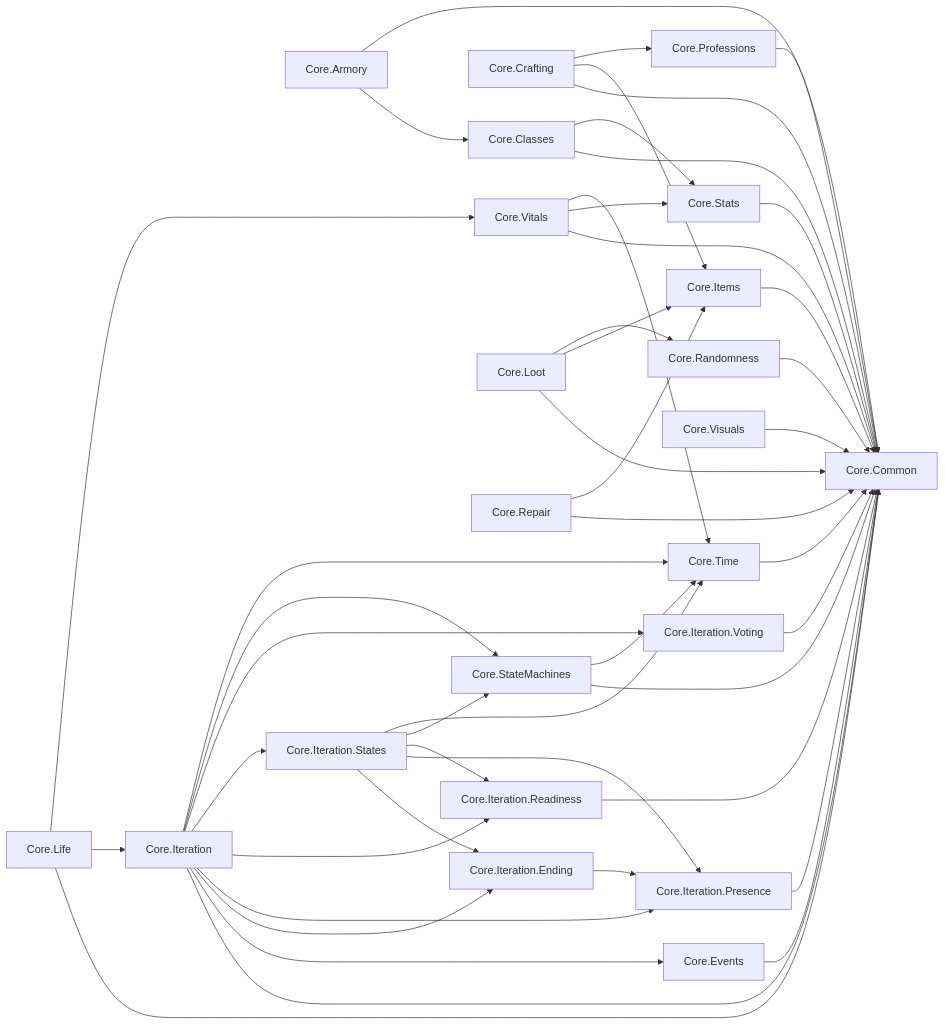
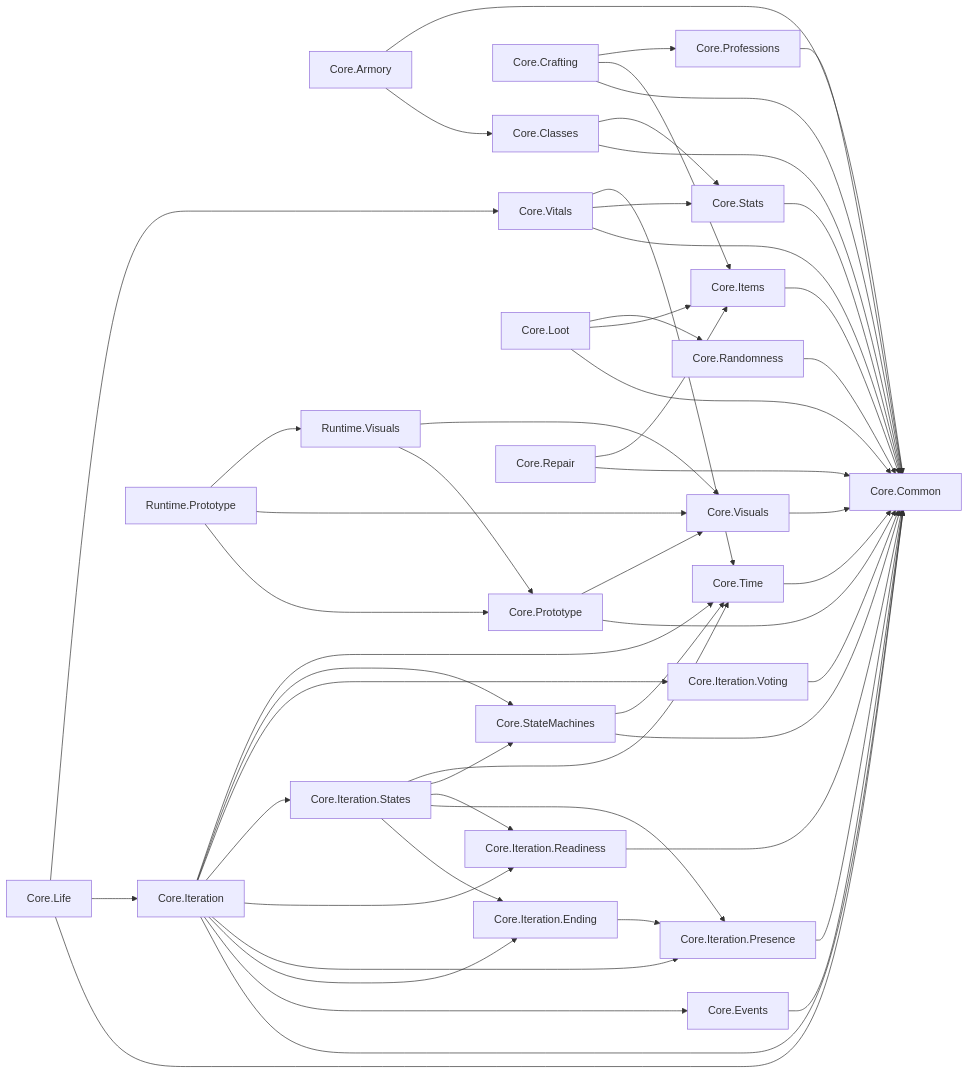
The diagram in docs/arquitectura/MODULOS.md (LazaroPol/Acensor), drawn with Mermaid before and after one commit. The commit also changed other lines of this file and 25 other files, not shown here.

````diff
--- a/docs/arquitectura/MODULOS.md
+++ b/docs/arquitectura/MODULOS.md
@@ -34,70 +37,80 @@
 ```mermaid
 flowchart LR
   n0["Core.Armory"]
   n1["Core.Classes"]
   n2["Core.Common"]
   n3["Core.Crafting"]
   n4["Core.Events"]
   n5["Core.Items"]
   n6["Core.Iteration"]
   n7["Core.Iteration.Ending"]
   n8["Core.Iteration.Presence"]
   n9["Core.Iteration.Readiness"]
   n10["Core.Iteration.States"]
   n11["Core.Iteration.Voting"]
   n12["Core.Life"]
   n13["Core.Loot"]
   n14["Core.Professions"]
-  n15["Core.Randomness"]
-  n16["Core.Repair"]
-  n17["Core.StateMachines"]
-  n18["Core.Stats"]
-  n19["Core.Time"]
-  n20["Core.Visuals"]
-  n21["Core.Vitals"]
+  n15["Core.Prototype"]
+  n16["Core.Randomness"]
+  n17["Core.Repair"]
+  n18["Core.StateMachines"]
+  n19["Core.Stats"]
+  n20["Core.Time"]
+  n21["Core.Visuals"]
+  n22["Core.Vitals"]
+  n23["Runtime.Prototype"]
+  n24["Runtime.Visuals"]
   n0 --> n1
   n0 --> n2
   n1 --> n2
-  n1 --> n18
+  n1 --> n19
   n3 --> n2
   n3 --> n5
   n3 --> n14
   n4 --> n2
   n5 --> n2
   n6 --> n2
   n6 --> n4
   n6 --> n7
   n6 --> n8
   n6 --> n9
   n6 --> n10
   n6 --> n11
-  n6 --> n17
-  n6 --> n19
+  n6 --> n18
+  n6 --> n20
   n7 --> n8
   n8 --> n2
   n9 --> n2
   n10 --> n7
   n10 --> n8
   n10 --> n9
-  n10 --> n17
-  n10 --> n19
+  n10 --> n18
+  n10 --> n20
   n11 --> n2
   n12 --> n2
   n12 --> n6
-  n12 --> n21
+  n12 --> n22
   n13 --> n2
   n13 --> n5
-  n13 --> n15
+  n13 --> n16
   n14 --> n2
   n15 --> n2
+  n15 --> n21
   n16 --> n2
-  n16 --> n5
   n17 --> n2
-  n17 --> n19
+  n17 --> n5
   n18 --> n2
+  n18 --> n20
   n19 --> n2
   n20 --> n2
   n21 --> n2
-  n21 --> n18
-  n21 --> n19
+  n22 --> n2
+  n22 --> n19
+  n22 --> n20
+  n23 --> n15
+  n23 --> n21
+  n23 --> n24
+  n24 --> n15
+  n24 --> n21
 ```
````
